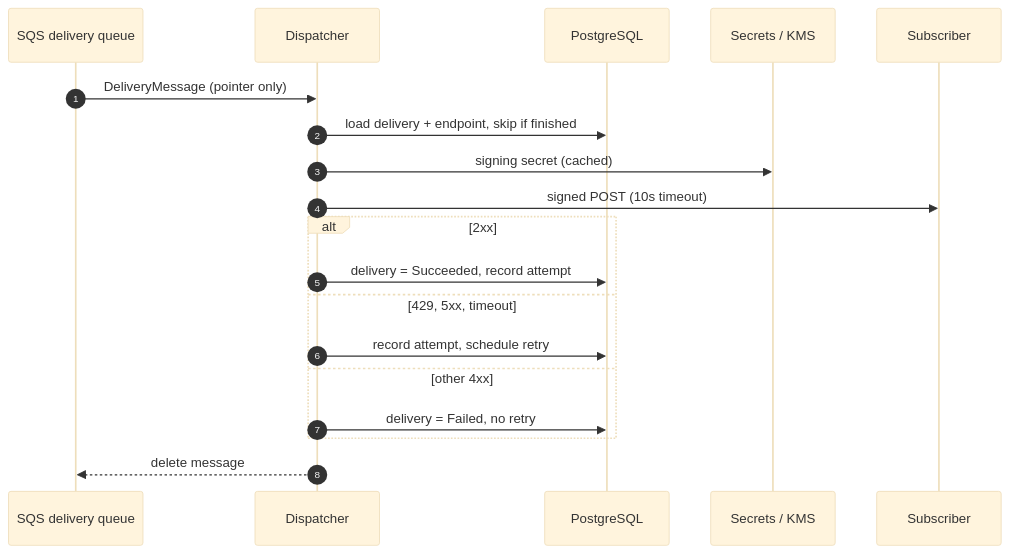
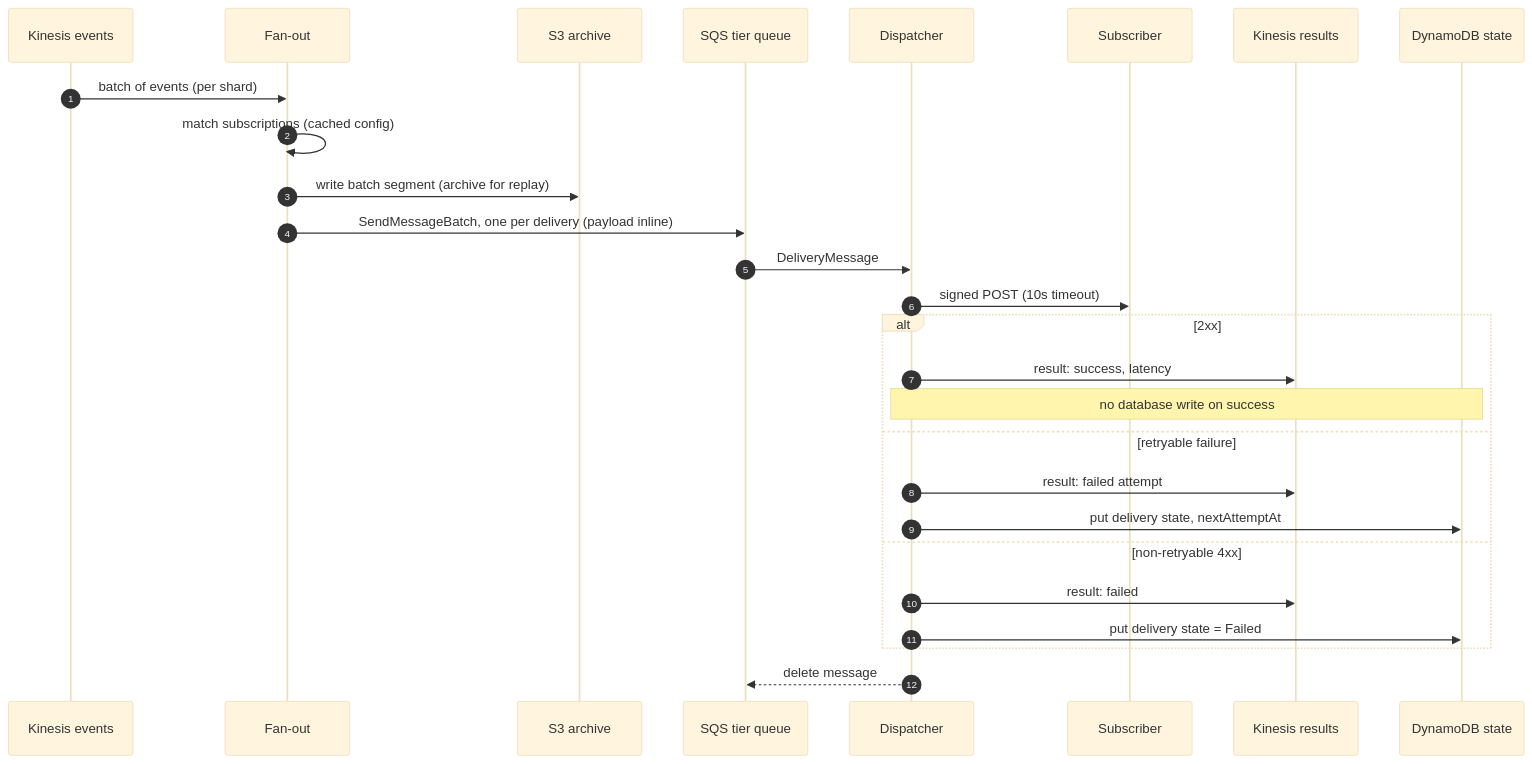
Before and after one commit to twobudgies/WebhookGateway: the third of 7 diagrams in docs/architecture.md, drawn with Mermaid (base theme). The commit also changed other lines of this file and 6 other files, not shown here.

Commit message:
docs: architecture v3 (30k events/s, pacing, connection limits), data plane, portal

````diff
--- a/docs/architecture.md
+++ b/docs/architecture.md
@@ -123,21 +115,29 @@
 ```mermaid
 sequenceDiagram
   autonumber
-  participant Q as SQS delivery queue
+  participant K as Kinesis events
+  participant F as Fan-out
+  participant S3 as S3 archive
+  participant Q as SQS tier queue
   participant D as Dispatcher
-  participant DB as PostgreSQL
-  participant SM as Secrets / KMS
   participant S as Subscriber
-  Q->>D: DeliveryMessage (pointer only)
-  D->>DB: load delivery + endpoint, skip if finished
-  D->>SM: signing secret (cached)
+  participant R as Kinesis results
+  participant DB as DynamoDB state
+  K->>F: batch of events (per shard)
+  F->>F: match subscriptions (cached config)
+  F->>S3: write batch segment (archive for replay)
+  F->>Q: SendMessageBatch, one per delivery (payload inline)
+  Q->>D: DeliveryMessage
   D->>S: signed POST (10s timeout)
   alt 2xx
-    D->>DB: delivery = Succeeded, record attempt
-  else 429, 5xx, timeout
-    D->>DB: record attempt, schedule retry
-  else other 4xx
-    D->>DB: delivery = Failed, no retry
+    D->>R: result: success, latency
+    Note over D,DB: no database write on success
+  else retryable failure
+    D->>R: result: failed attempt
+    D->>DB: put delivery state, nextAttemptAt
+  else non-retryable 4xx
+    D->>R: result: failed
+    D->>DB: put delivery state = Failed
   end
   D-->>Q: delete message
 ```
````
